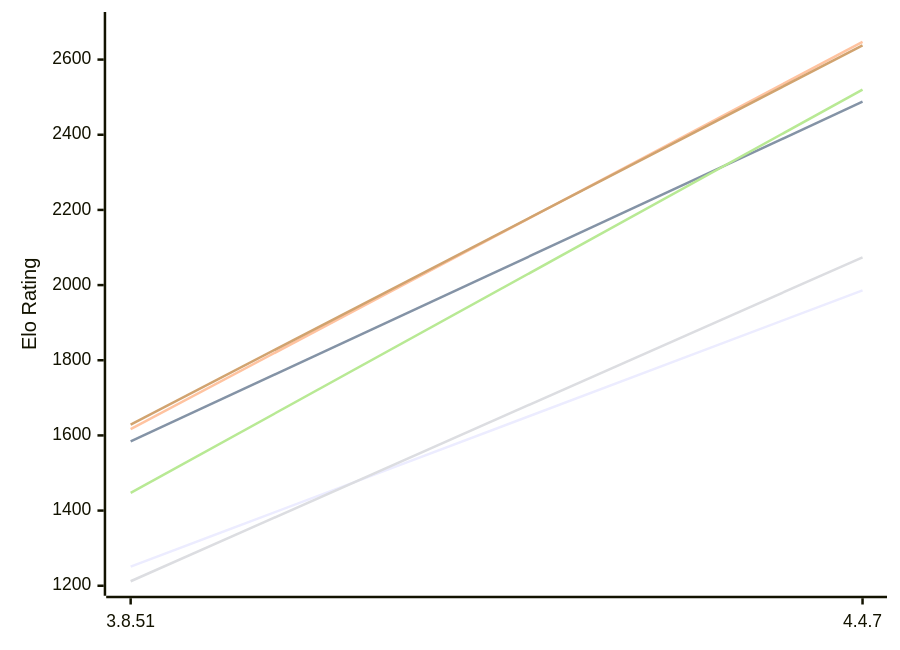
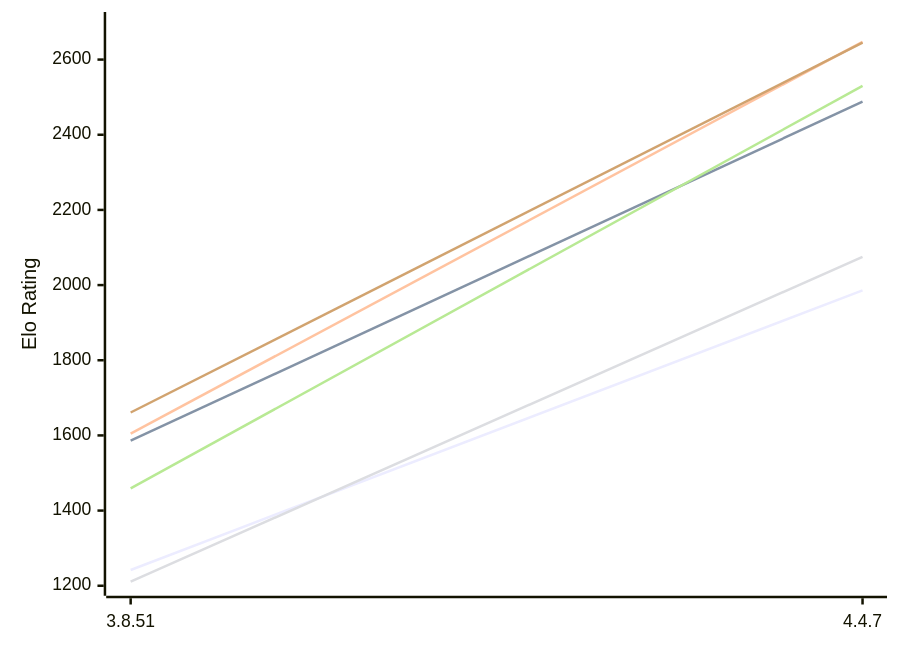
Before and after one commit to computer-chess-index/cci: the first of 2 diagrams in engines/Scoria.md, drawn with Mermaid. The commit also changed other lines of this file, not shown here.

Commit message:
Update CCI Ratings (ELO VLTC) - 2026-11-25

````diff
--- a/engines/Scoria.md
+++ b/engines/Scoria.md
@@ -50,12 +50,12 @@
 ```mermaid
 %%{init: {"theme":"base","themeVariables":{"seriesColors:['#a3a3a3','#222221','#faa371']}}}%%
 xychart-beta
   x-axis ["3.8.51", "4.4.7"]
   y-axis "Elo Rating" 1200 --> 2700
-  line "E1: STC (8.0+0.08s)" [1251, 1986]
-  line "E1: LTC (60.0+0.60s)" [1584, 2488]
-  line "E1: VLTC (2m24s+1.12s)" [1617, 2647]
-  line "P1: STC (8.0+0.08s)" [1212, 2074]
-  line "P1: LTC (60.0+0.60s)" [1447, 2520]
-  line "P1: VLTC (2m24s+1.12s)" [1629, 2638]
+  line "E1: STC (8.0+0.08s)" [1242, 1986]
+  line "E1: LTC (60.0+0.60s)" [1586, 2488]
+  line "E1: VLTC (2m24s+1.12s)" [1605, 2647]
+  line "P1: STC (8.0+0.08s)" [1211, 2075]
+  line "P1: LTC (60.0+0.60s)" [1459, 2530]
+  line "P1: VLTC (2m24s+1.12s)" [1661, 2645]
 ```
````
